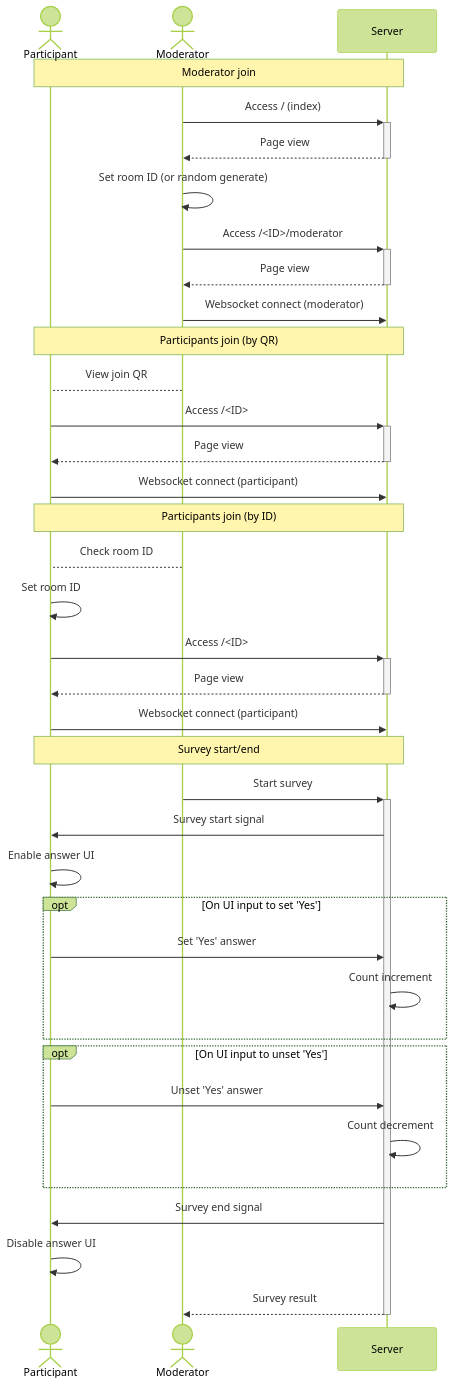
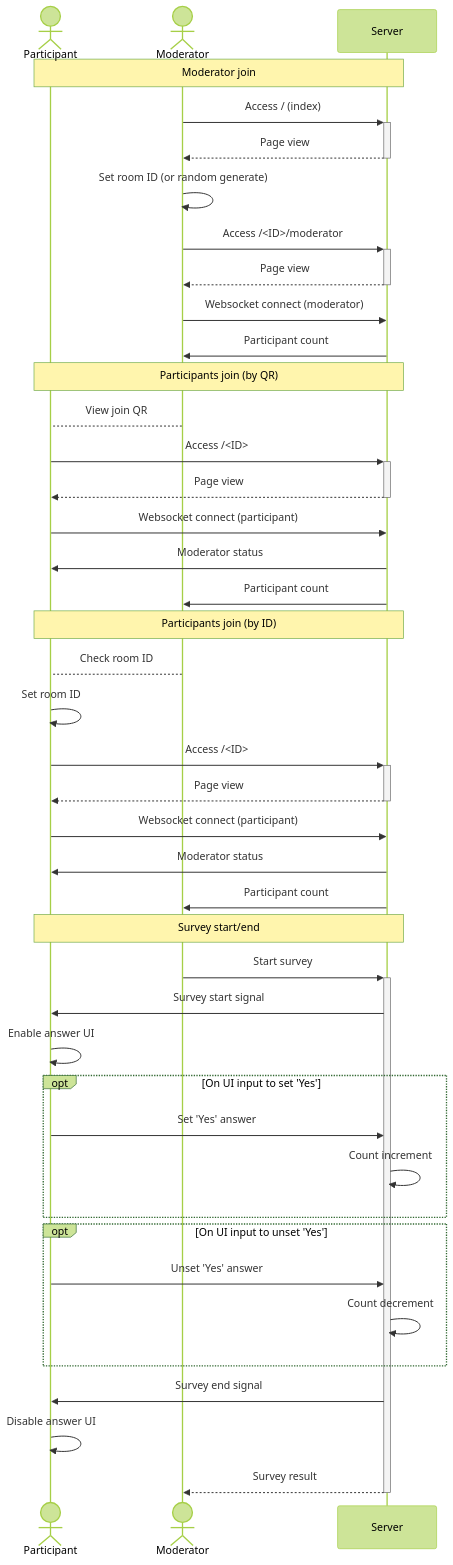
Before and after one commit to aKuad/iitomo-1of100: the diagram in designs/sequence-diagram.md, drawn with Mermaid (forest theme).

Commit message:
Mod: Paritipant count & moderator status communication added to sequence diagram

````diff
--- a/designs/sequence-diagram.md
+++ b/designs/sequence-diagram.md
@@ -3,44 +3,49 @@
 ```mermaid
 sequenceDiagram
   actor P as Participant
   actor M as Moderator
   participant S as Server
 
   Note over P,S: Moderator join
   M->>+S: Access / (index)
   S-->>-M: Page view
 
   M->>M: Set room ID (or random generate)
   M->>+S: Access /<ID>/moderator
   S-->>-M: Page view
   M->>S: Websocket connect (moderator)
+  S->>M: Participant count
 
   Note over P,S: Participants join (by QR)
   M-->P: View join QR
   P->>+S: Access /<ID>
   S-->>-P: Page view
   P->>S: Websocket connect (participant)
+  S->>P: Moderator status
+  S->>M: Participant count
 
   Note over P,S: Participants join (by ID)
   M-->P: Check room ID
   P->>P: Set room ID
   P->>+S: Access /<ID>
   S-->>-P: Page view
   P->>S: Websocket connect (participant)
+  S->>P: Moderator status
+  S->>M: Participant count
 
   Note over P,S: Survey start/end
   M->>+S: Start survey
   S->>P: Survey start signal
   P->>P: Enable answer UI
   opt On UI input to set 'Yes'
     P->>S: Set 'Yes' answer
     S->>S: Count increment
   end
   opt On UI input to unset 'Yes'
     P->>S: Unset 'Yes' answer
     S->>S: Count decrement
   end
   S->>P: Survey end signal
   P->>P: Disable answer UI
   S-->>-M: Survey result
 ```
````
